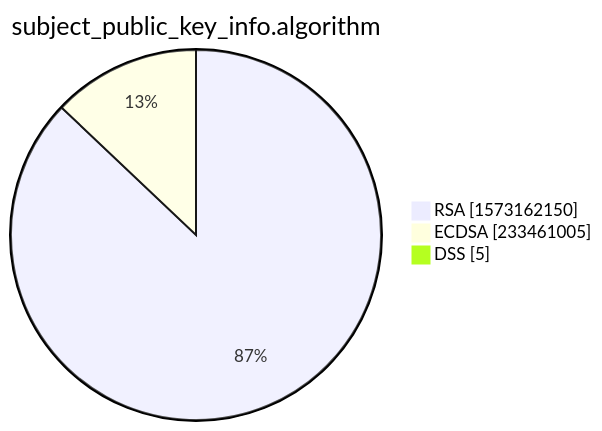
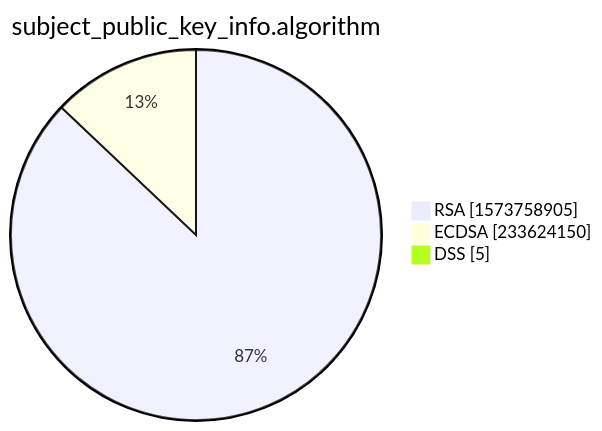
Before and after one commit to christiankrug/ctmonitor_visualization: the third of 15 diagrams in xenon2022/README.md, drawn with Mermaid. The commit also changed other lines of this file, not shown here.

````diff
--- a/xenon2022/README.md
+++ b/xenon2022/README.md
@@ -14,7 +14,7 @@
 ```mermaid
 pie showData
 title subject_public_key_info.algorithm
-"RSA" :1573162150
-"ECDSA" :233461005
+"RSA" :1573758905
+"ECDSA" :233624150
 "DSS" :5
 ```
````
